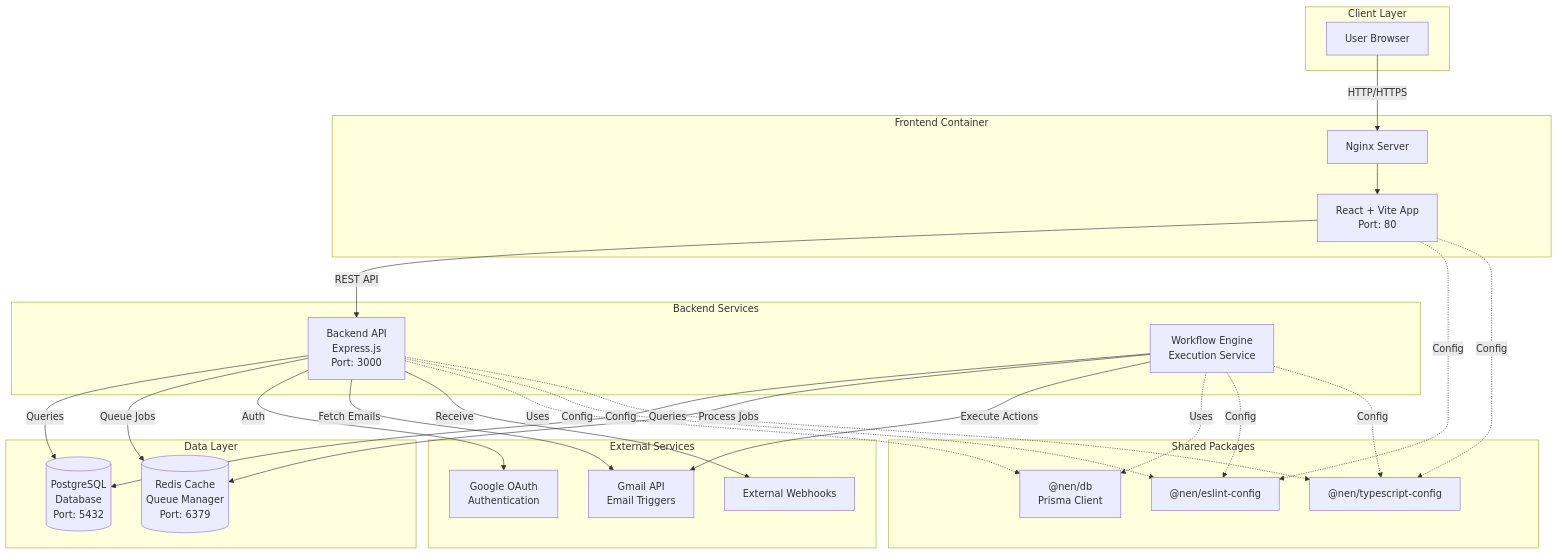
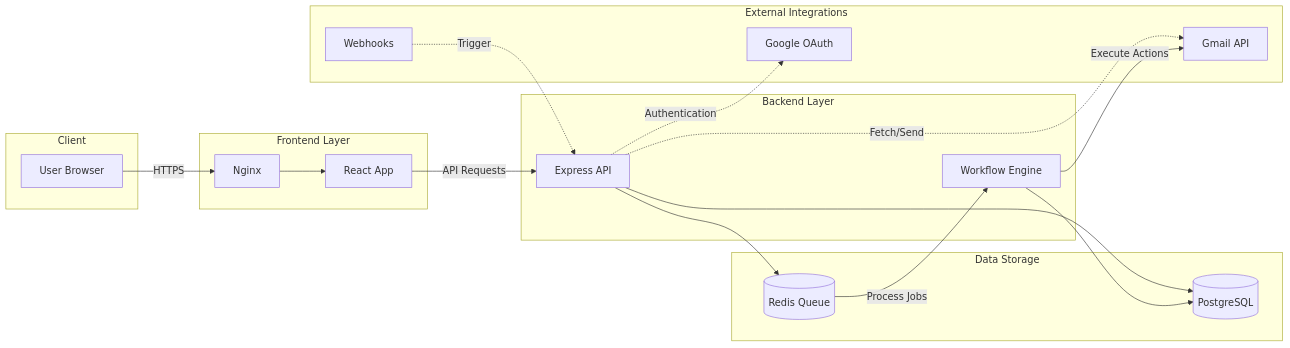
The diagram in README.md (JagjeevanAK/nEn), drawn with Mermaid before and after one commit.

Commit message:
updated architecture diagram

````diff
--- a/README.md
+++ b/README.md
@@ -7,56 +7,39 @@
 ```mermaid
-graph TB
-    subgraph Client["Client Layer"]
-        User[User Browser]
+flowchart LR
+    subgraph Client
+        A[User Browser]
     end
-
-    subgraph FrontendLayer["Frontend Container"]
-        Frontend["React + Vite App<br/>Port: 80"]
-        Nginx[Nginx Server]
+    
+    subgraph Frontend["Frontend Layer"]
+        B[Nginx]
+        C[React App]
     end
-
-    subgraph BackendServices["Backend Services"]
-        Backend["Backend API<br/>Express.js<br/>Port: 3000"]
-        Engine["Workflow Engine<br/>Execution Service"]
+    
+    subgraph Backend["Backend Layer"]
+        D[Express API]
+        E[Workflow Engine]
     end
-
-    subgraph DataLayer["Data Layer"]
-        PostgreSQL[("PostgreSQL<br/>Database<br/>Port: 5432")]
-        Redis[("Redis Cache<br/>Queue Manager<br/>Port: 6379")]
+    
+    subgraph Storage["Data Storage"]
+        F[(PostgreSQL)]
+        G[(Redis Queue)]
     end
-
-    subgraph External["External Services"]
-        Gmail["Gmail API<br/>Email Triggers"]
-        OAuth["Google OAuth<br/>Authentication"]
-        Webhooks[External Webhooks]
+    
+    subgraph External["External Integrations"]
+        H[Google OAuth]
+        I[Gmail API]
+        J[Webhooks]
     end
-
-    subgraph Packages["Shared Packages"]
-        DBPackage["@nen/db<br/>Prisma Client"]
-        ESLintPkg["@nen/eslint-config"]
-        TSConfigPkg["@nen/typescript-config"]
-    end
-
-    User -->|HTTP/HTTPS| Nginx
-    Nginx --> Frontend
-    Frontend -->|REST API| Backend
     
-    Backend -->|Queries| PostgreSQL
-    Backend -->|Queue Jobs| Redis
-    Backend -->|Auth| OAuth
-    Backend -->|Fetch Emails| Gmail
-    Backend -->|Receive| Webhooks
-    
-    Engine -->|Queries| PostgreSQL
-    Engine -->|Process Jobs| Redis
-    Engine -->|Execute Actions| Gmail
-    
-    Backend -.->|Uses| DBPackage
-    Engine -.->|Uses| DBPackage
-    Backend -.->|Config| ESLintPkg
-    Backend -.->|Config| TSConfigPkg
-    Engine -.->|Config| ESLintPkg
-    Engine -.->|Config| TSConfigPkg
-    Frontend -.->|Config| ESLintPkg
-    Frontend -.->|Config| TSConfigPkg
+    A -->|HTTPS| B
+    B --> C
+    C -->|API Requests| D
+    D --> F
+    D --> G
+    D -.->|Authentication| H
+    D -.->|Fetch/Send| I
+    J -.->|Trigger| D
+    G -->|Process Jobs| E
+    E --> F
+    E -->|Execute Actions| I
 ```
````
